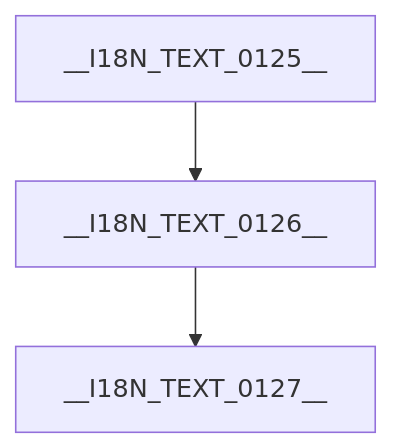
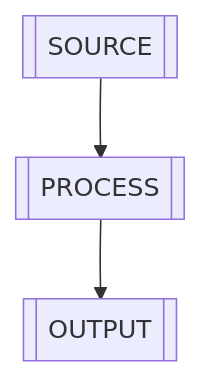
Before and after one commit to clawpage/clawpage-skill: the diagram in templates/genernal_template/index.md, drawn with Mermaid. The commit also changed other lines of this file and 22 other files, not shown here.

````diff
--- a/templates/genernal_template/index.md
+++ b/templates/genernal_template/index.md
@@ -84,5 +84,5 @@
 ```mermaid
 graph TD
-A[__I18N_TEXT_0125__] --> B[__I18N_TEXT_0126__]
-B --> C[__I18N_TEXT_0127__]
+A[[SOURCE]] --> B[[PROCESS]]
+B --> C[[OUTPUT]]
 ```
````
